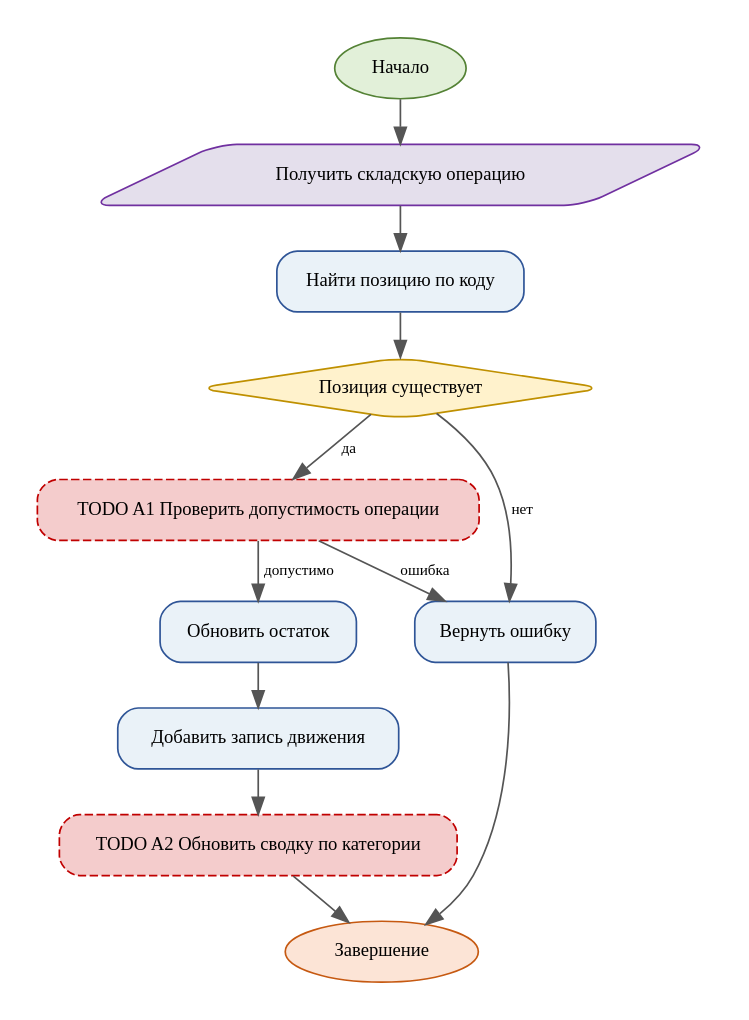
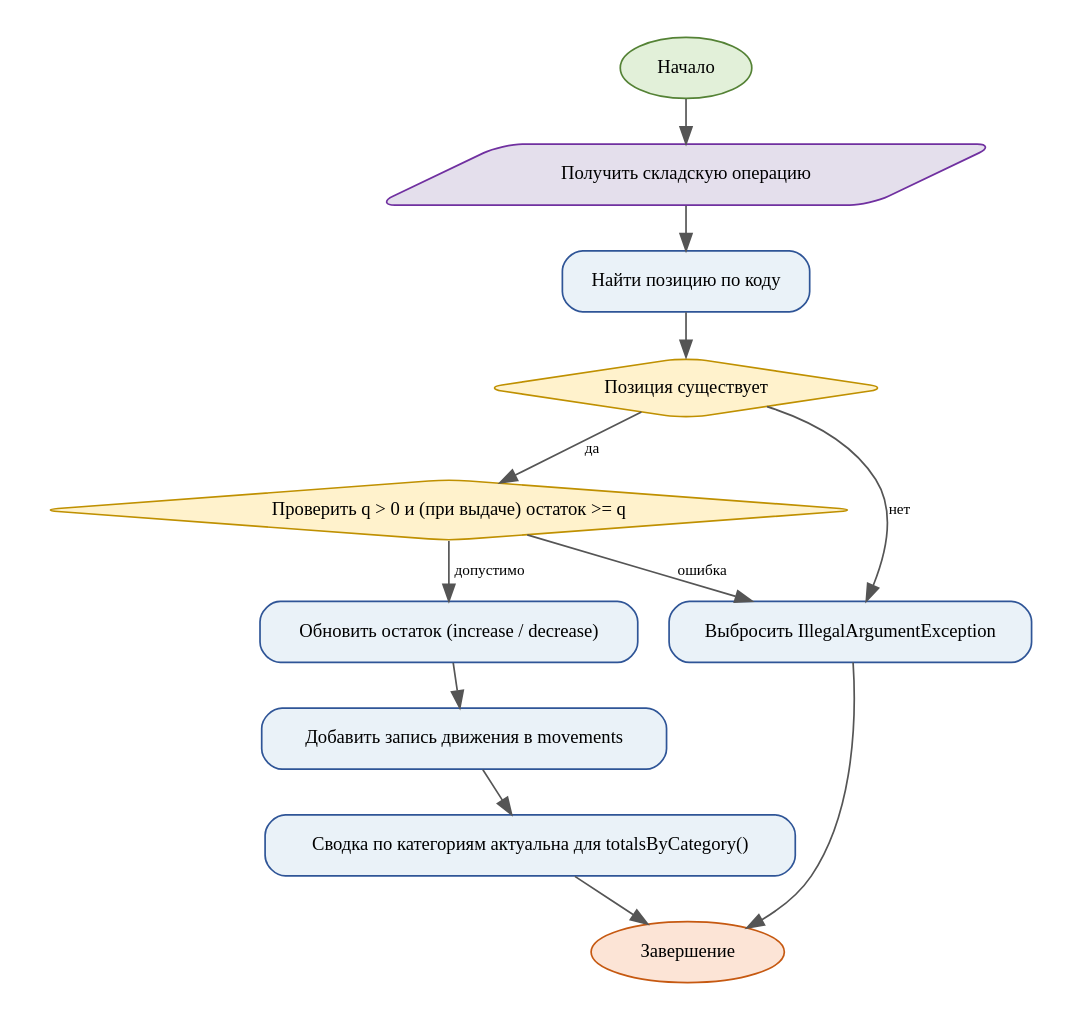
Before and after one commit to d1nexer/JavaLearning: the diagram in PR9/activity_partial.dot, drawn with Graphviz. The commit also changed 9 other files, not shown here.

```diff
--- a/PR9/activity_partial.dot
+++ b/PR9/activity_partial.dot
@@ -1,26 +1,26 @@
 digraph G {
-graph [rankdir=TB, bgcolor="white", pad=0.2, nodesep=0.25, ranksep=0.35];
-node [shape=box, style="rounded,filled", fontname="Times New Roman", fontsize=11, color="#2F5597", fillcolor="#EAF2F8", margin="0.12,0.08"];
-edge [fontname="Times New Roman", fontsize=9, color="#555555"];
-start [label="Начало", shape=oval, fillcolor="#E2F0D9", color="#548235"];
-end [label="Завершение", shape=oval, fillcolor="#FCE4D6", color="#C65911"];
-n1 [label="Получить складскую операцию" ,shape=parallelogram,fillcolor="#E4DFEC",color="#7030A0"];
-n2 [label="Найти позицию по коду" ];
-n3 [label="Позиция существует" ,shape=diamond,fillcolor="#FFF2CC",color="#BF9000"];
-n4 [label="TODO A1 Проверить допустимость операции" ,fillcolor="#F4CCCC",color="#C00000",style="rounded,dashed,filled"];
-n5 [label="Обновить остаток" ];
-n6 [label="Добавить запись движения" ];
-n7 [label="TODO A2 Обновить сводку по категории" ,fillcolor="#F4CCCC",color="#C00000",style="rounded,dashed,filled"];
-n8 [label="Вернуть ошибку" ];
-start -> n1;
-n1 -> n2;
-n2 -> n3;
-n3 -> n4 [label="да"];
-n3 -> n8 [label="нет"];
-n4 -> n5 [label="допустимо"];
-n4 -> n8 [label="ошибка"];
-n5 -> n6;
-n6 -> n7;
-n7 -> end;
-n8 -> end;
+  graph [rankdir=TB, bgcolor="white", pad=0.2, nodesep=0.25, ranksep=0.35];
+  node [shape=box, style="rounded,filled", fontname="Times New Roman", fontsize=11, color="#2F5597", fillcolor="#EAF2F8", margin="0.12,0.08"];
+  edge [fontname="Times New Roman", fontsize=9, color="#555555"];
+  start [label="Начало", shape=oval, fillcolor="#E2F0D9", color="#548235"];
+  end [label="Завершение", shape=oval, fillcolor="#FCE4D6", color="#C65911"];
+  n1 [label="Получить складскую операцию", shape=parallelogram, fillcolor="#E4DFEC", color="#7030A0"];
+  n2 [label="Найти позицию по коду"];
+  n3 [label="Позиция существует", shape=diamond, fillcolor="#FFF2CC", color="#BF9000"];
+  n4 [label="Проверить q > 0 и (при выдаче) остаток >= q", shape=diamond, fillcolor="#FFF2CC", color="#BF9000"];
+  n5 [label="Обновить остаток (increase / decrease)"];
+  n6 [label="Добавить запись движения в movements"];
+  n7 [label="Сводка по категориям актуальна для totalsByCategory()"];
+  n8 [label="Выбросить IllegalArgumentException"];
+  start -> n1;
+  n1 -> n2;
+  n2 -> n3;
+  n3 -> n4 [label="да"];
+  n3 -> n8 [label="нет"];
+  n4 -> n5 [label="допустимо"];
+  n4 -> n8 [label="ошибка"];
+  n5 -> n6;
+  n6 -> n7;
+  n7 -> end;
+  n8 -> end;
 }
```
